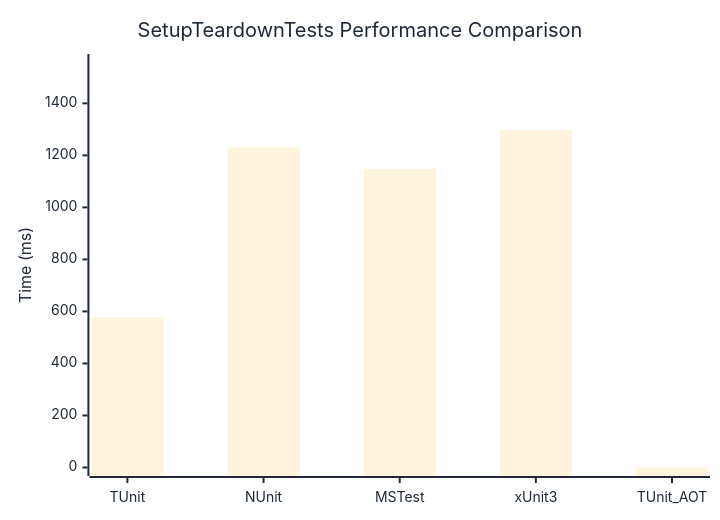
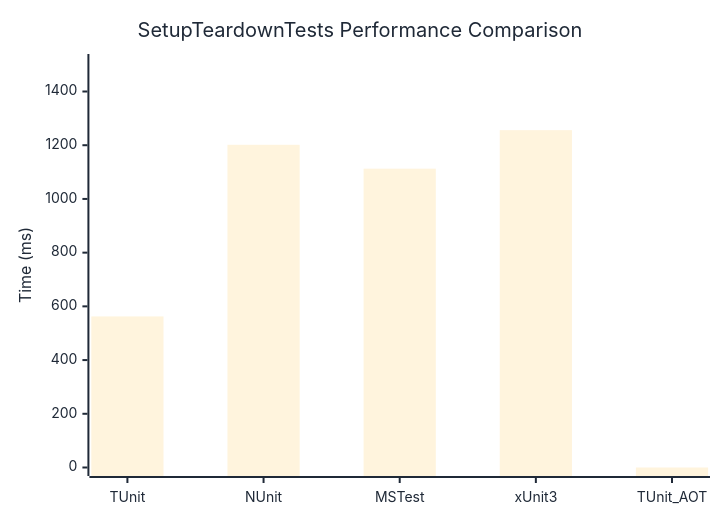
Before and after one commit to thomhurst/TUnit: the diagram in docs/docs/benchmarks/SetupTeardownTests.md, drawn with Mermaid. The commit also changed other lines of this file and 17 other files, not shown here.

````diff
--- a/docs/docs/benchmarks/SetupTeardownTests.md
+++ b/docs/docs/benchmarks/SetupTeardownTests.md
@@ -27,37 +27,37 @@
 ```mermaid
 %%{init: {
   'theme':'base',
   'themeVariables': {
     'primaryColor': '#2563eb',
     'primaryTextColor': '#1f2937',
     'primaryBorderColor': '#1e40af',
     'lineColor': '#6b7280',
     'secondaryColor': '#7c3aed',
     'tertiaryColor': '#dc2626',
     'background': '#ffffff',
     'mainBkg': '#2563eb',
     'secondBkg': '#7c3aed',
     'tertiaryBkg': '#dc2626',
     'clusterBkg': '#f3f4f6',
     'edgeLabelBackground': '#ffffff',
     'tertiaryTextColor': '#1f2937',
     'pie1': '#2563eb',
     'pie2': '#7c3aed',
     'pie3': '#dc2626',
     'pie4': '#f59e0b',
     'pie5': '#10b981',
     'pie6': '#06b6d4',
     'pie7': '#ec4899',
     'pie8': '#6366f1',
     'pie9': '#84cc16',
     'pie10': '#f97316',
     'pie11': '#14b8a6',
     'pie12': '#a855f7'
   }
 }}%%
 xychart-beta
   title "SetupTeardownTests Performance Comparison"
   x-axis ["TUnit", "NUnit", "MSTest", "xUnit3", "TUnit_AOT"]
-  y-axis "Time (ms)" 0 --> 1557
-  bar [578.6, 1230.8, 1148, 1297.5, 0]
+  y-axis "Time (ms)" 0 --> 1508
+  bar [562.5, 1201.6, 1112.7, 1256.1, 0]
 ```
````
